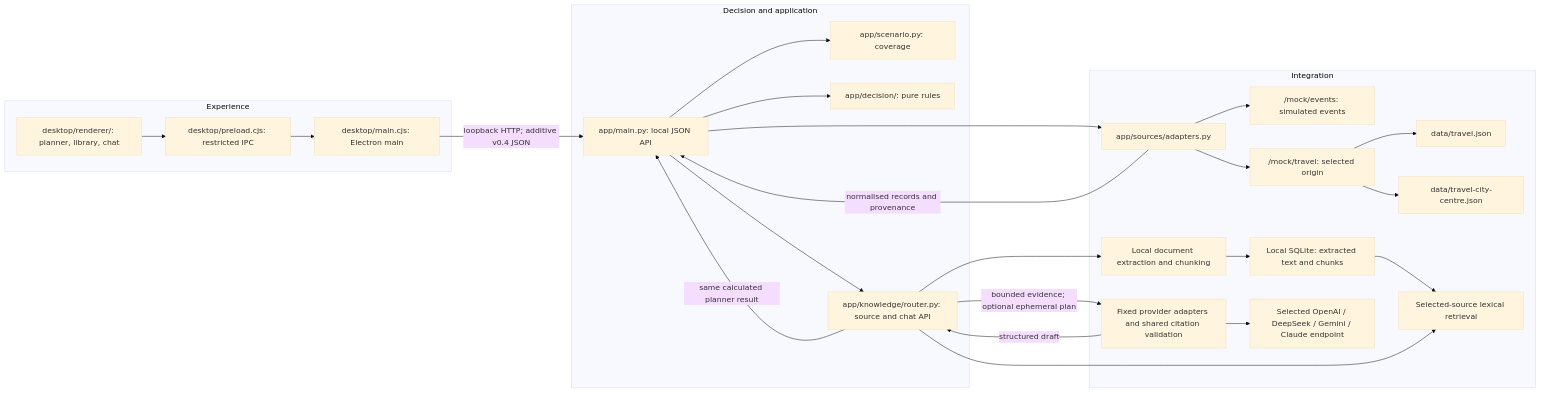
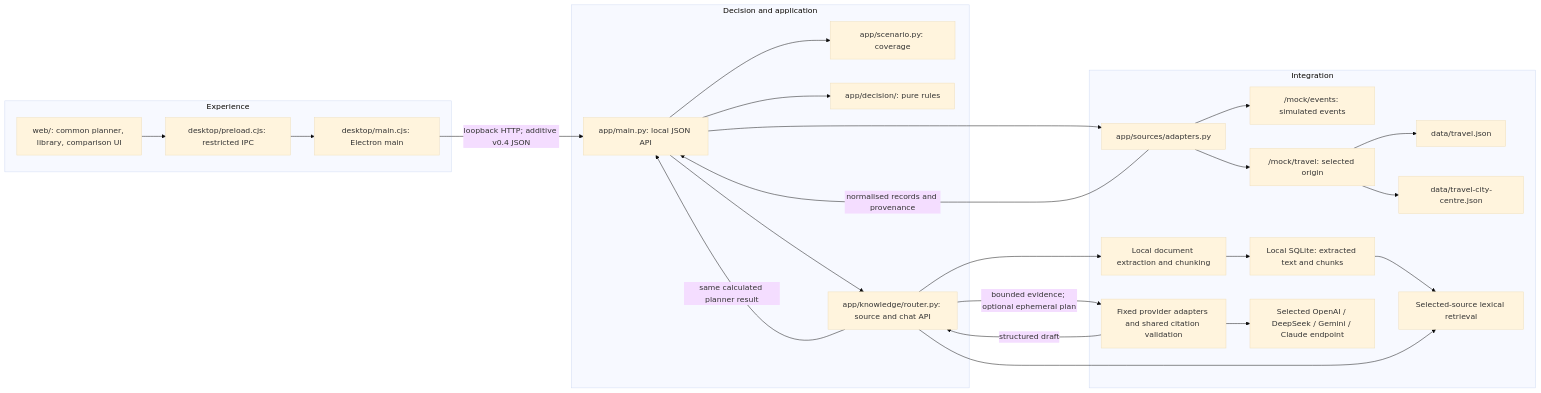
The second of 2 diagrams in docs/ARCHITECTURE.md (wahab-linux/my-jinni), drawn with Mermaid (base theme) before and after one commit. The commit also changed other lines of this file and 42 other files, not shown here.

````diff
--- a/docs/ARCHITECTURE.md
+++ b/docs/ARCHITECTURE.md
@@ -33,46 +35,46 @@
 ```mermaid
 flowchart LR
     subgraph Experience
-        Renderer["desktop/renderer/: planner, library, chat"]
+        Renderer["web/: common planner, library, comparison UI"]
         Bridge["desktop/preload.cjs: restricted IPC"]
         Main["desktop/main.cjs: Electron main"]
         Renderer --> Bridge
         Bridge --> Main
     end
     subgraph DecisionApplication[Decision and application]
         API["app/main.py: local JSON API"]
         Scenario["app/scenario.py: coverage"]
         Engine["app/decision/: pure rules"]
         Knowledge["app/knowledge/router.py: source and chat API"]
         API --> Scenario
         API --> Engine
         API --> Knowledge
     end
     subgraph Integration
         Adapters["app/sources/adapters.py"]
         Events["/mock/events: simulated events"]
         Travel["/mock/travel: selected origin"]
         Campus["data/travel.json"]
         City["data/travel-city-centre.json"]
         Ingestion["Local document extraction and chunking"]
         Store["Local SQLite: extracted text and chunks"]
         Retrieval["Selected-source lexical retrieval"]
         AI["Fixed provider adapters and shared citation validation"]
         Providers["Selected OpenAI / DeepSeek / Gemini / Claude endpoint"]
         Adapters --> Events
         Adapters --> Travel
         Travel --> Campus
         Travel --> City
         Ingestion --> Store
         Store --> Retrieval
         AI --> Providers
     end
     Main -->|"loopback HTTP; additive v0.4 JSON"| API
     API --> Adapters
     Adapters -->|"normalised records and provenance"| API
     Knowledge --> Ingestion
     Knowledge --> Retrieval
     Knowledge -->|"same calculated planner result"| API
     Knowledge -->|"bounded evidence; optional ephemeral plan"| AI
     AI -->|"structured draft"| Knowledge
 ```
````
